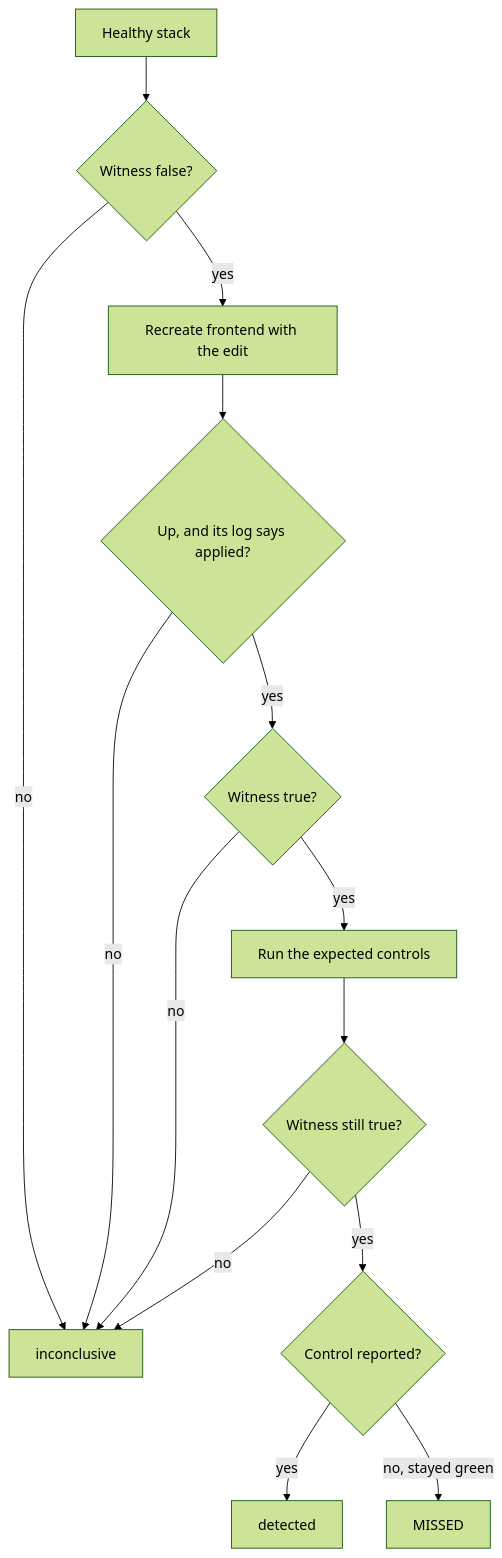
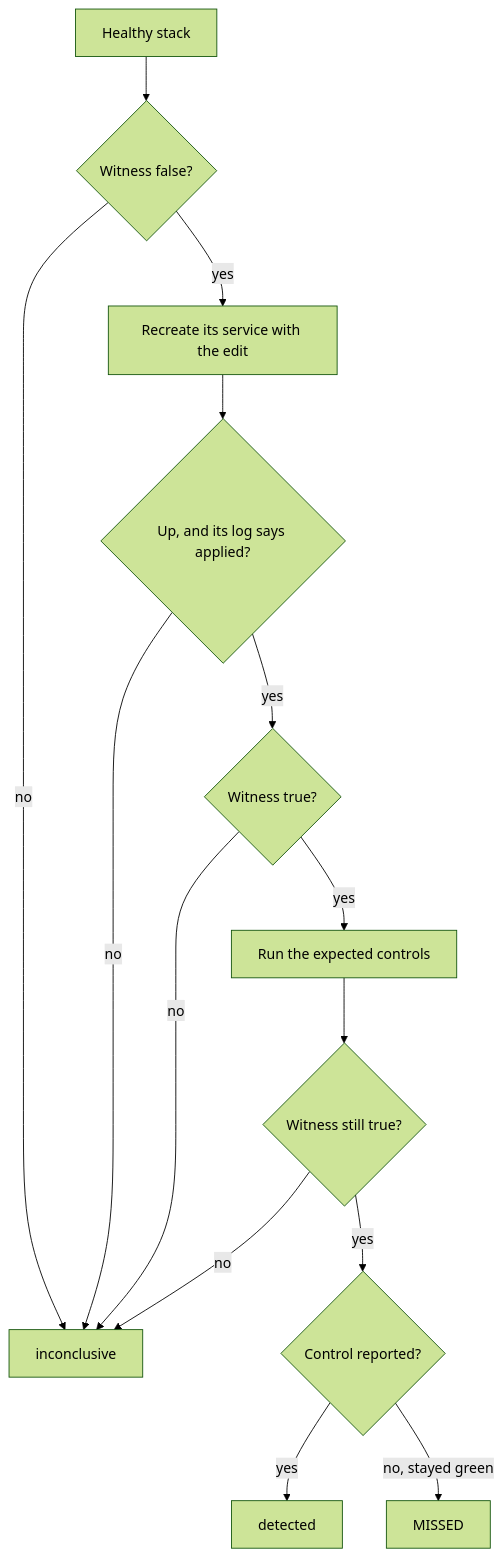
One commit to ultra-trace-systems/mascope changed the diagram in security/pentest/mutations/README.md. Above: the diagram before and after it, drawn with Mermaid (forest theme). The commit also changed other lines of this file and 15 other files, not shown here.

````diff
--- a/security/pentest/mutations/README.md
+++ b/security/pentest/mutations/README.md
@@ -152,16 +160,16 @@
 ```mermaid
 flowchart TD
   A[Healthy stack] --> B{Witness false?}
   B -- no --> X[inconclusive]
-  B -- yes --> C[Recreate frontend with the edit]
+  B -- yes --> C[Recreate its service with the edit]
   C --> D{"Up, and its log says applied?"}
   D -- no --> X
   D -- yes --> E{Witness true?}
   E -- no --> X
   E -- yes --> F[Run the expected controls]
   F --> G{Witness still true?}
   G -- no --> X
   G -- yes --> H{Control reported?}
   H -- yes --> I[detected]
   H -- "no, stayed green" --> J[MISSED]
 ```
````
